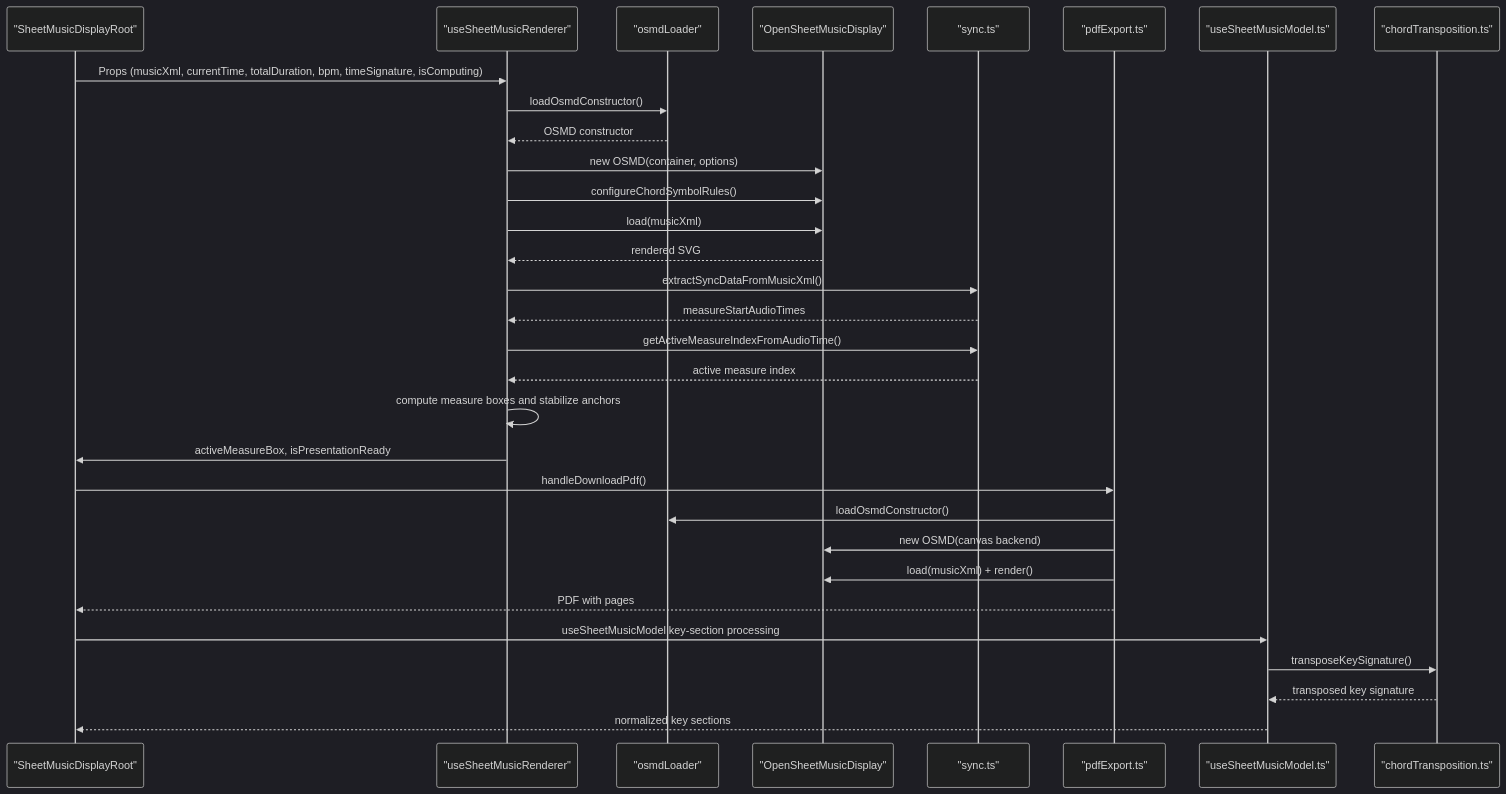
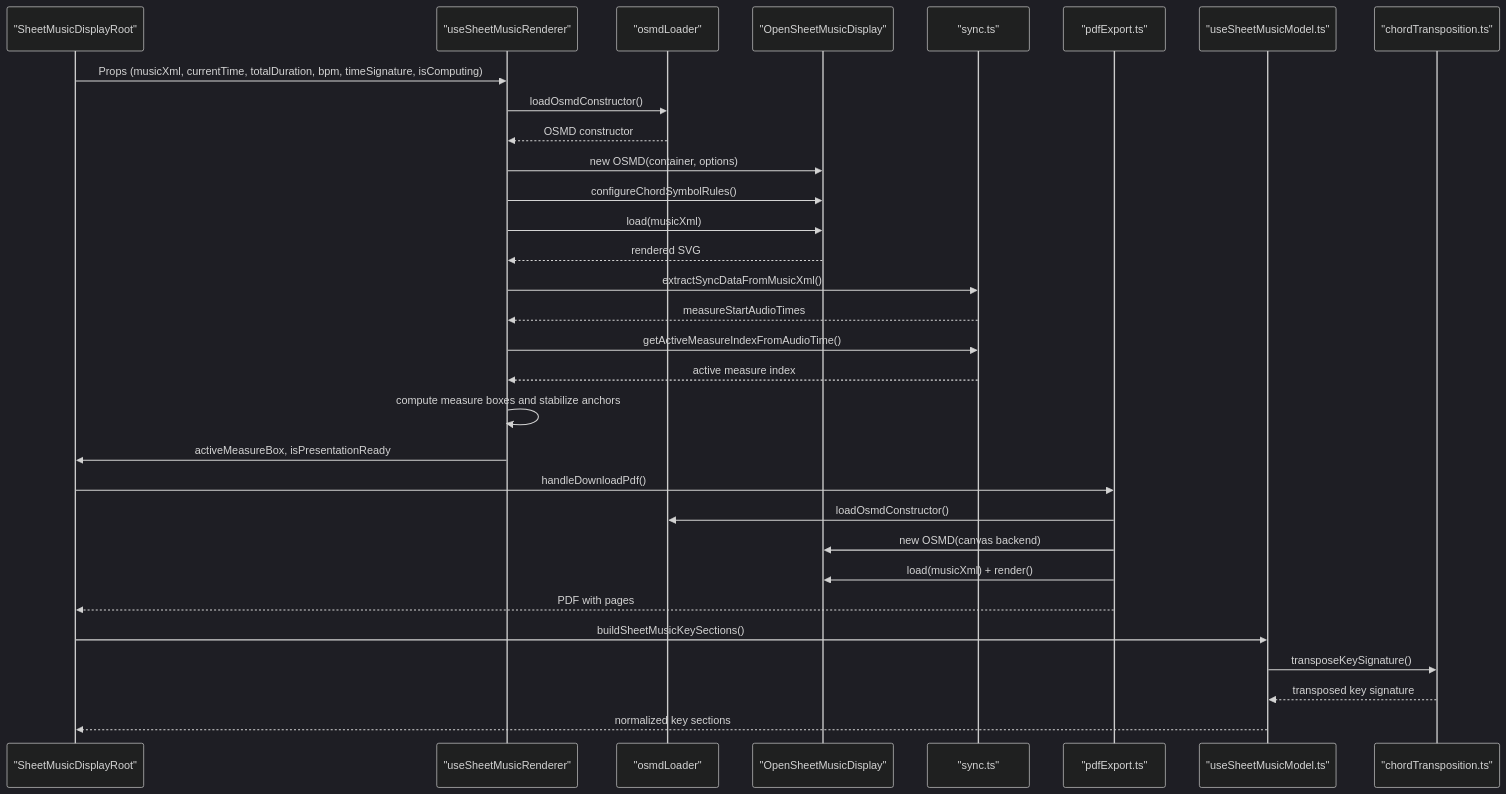
The second of 6 diagrams in .qoder/repowiki/en/content/Visualization and User Interface/Sheet Music Display.md (ptnghia-j/ChordMiniApp), drawn with Mermaid (dark theme) before and after one commit. The commit also changed other lines of this file and 9 other files, not shown here.

````diff
--- a/.qoder/repowiki/en/content/Visualization and User Interface/Sheet Music Display.md
+++ b/.qoder/repowiki/en/content/Visualization and User Interface/Sheet Music Display.md
@@ -109,33 +109,33 @@
 ```mermaid
 sequenceDiagram
 participant UI as "SheetMusicDisplayRoot"
 participant Hook as "useSheetMusicRenderer"
 participant Loader as "osmdLoader"
 participant OSMD as "OpenSheetMusicDisplay"
 participant Sync as "sync.ts"
 participant PDF as "pdfExport.ts"
 participant Model as "useSheetMusicModel.ts"
 participant Transpose as "chordTransposition.ts"
 UI->>Hook : Props (musicXml, currentTime, totalDuration, bpm, timeSignature, isComputing)
 Hook->>Loader : loadOsmdConstructor()
 Loader-->>Hook : OSMD constructor
 Hook->>OSMD : new OSMD(container, options)
 Hook->>OSMD : configureChordSymbolRules()
 Hook->>OSMD : load(musicXml)
 OSMD-->>Hook : rendered SVG
 Hook->>Sync : extractSyncDataFromMusicXml()
 Sync-->>Hook : measureStartAudioTimes
 Hook->>Sync : getActiveMeasureIndexFromAudioTime()
 Sync-->>Hook : active measure index
 Hook->>Hook : compute measure boxes and stabilize anchors
 Hook->>UI : activeMeasureBox, isPresentationReady
 UI->>PDF : handleDownloadPdf()
 PDF->>Loader : loadOsmdConstructor()
 PDF->>OSMD : new OSMD(canvas backend)
 PDF->>OSMD : load(musicXml) + render()
 PDF-->>UI : PDF with pages
-UI->>Model : useSheetMusicModel key-section processing
+UI->>Model : buildSheetMusicKeySections()
 Model->>Transpose : transposeKeySignature()
 Transpose-->>Model : transposed key signature
 Model-->>UI : normalized key sections
 ```
````
